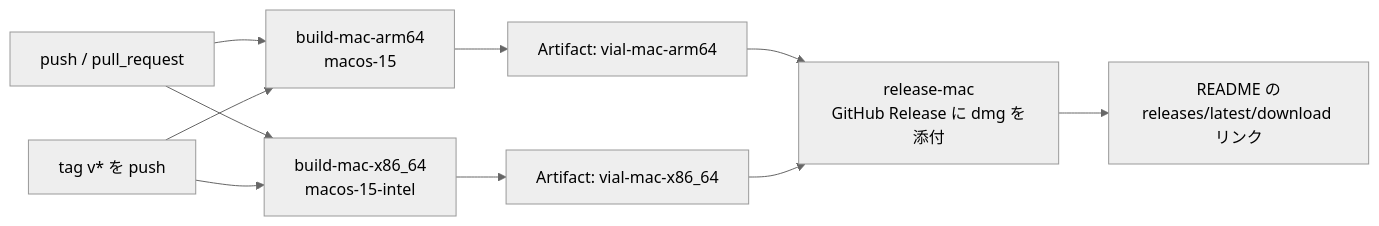
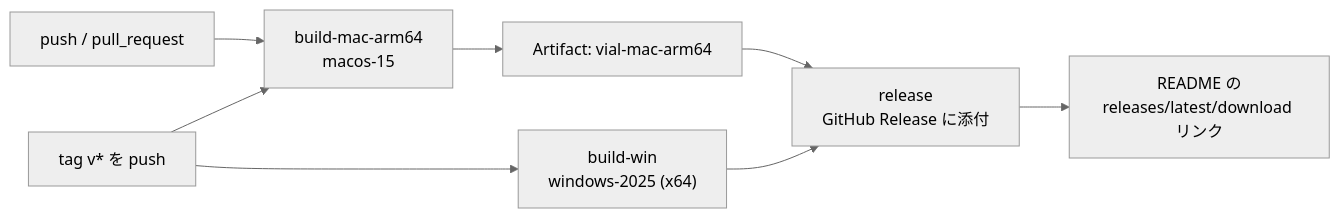
Before and after one commit to digitarhythm/KeRT-Keymapper: the second of 2 diagrams in util/macos/README.md, drawn with Mermaid (neutral theme). The commit also changed other lines of this file and 2 other files, not shown here.

First line of the commit message:
ci: build macOS for Apple Silicon only and Windows for x64 only, release both

````diff
--- a/util/macos/README.md
+++ b/util/macos/README.md
@@ -58,12 +57,10 @@
 ```mermaid
 flowchart LR
     P["push / pull_request"] --> A["build-mac-arm64<br/>macos-15"]
-    P --> X["build-mac-x86_64<br/>macos-15-intel"]
     A --> AA["Artifact: vial-mac-arm64"]
-    X --> XA["Artifact: vial-mac-x86_64"]
     T["tag v* を push"] --> A
-    T --> X
-    AA --> R["release-mac<br/>GitHub Release に dmg を添付"]
-    XA --> R
+    T --> W["build-win<br/>windows-2025 (x64)"]
+    AA --> R["release<br/>GitHub Release に添付"]
+    W --> R
     R --> L["README の<br/>releases/latest/download リンク"]
 ```
````
